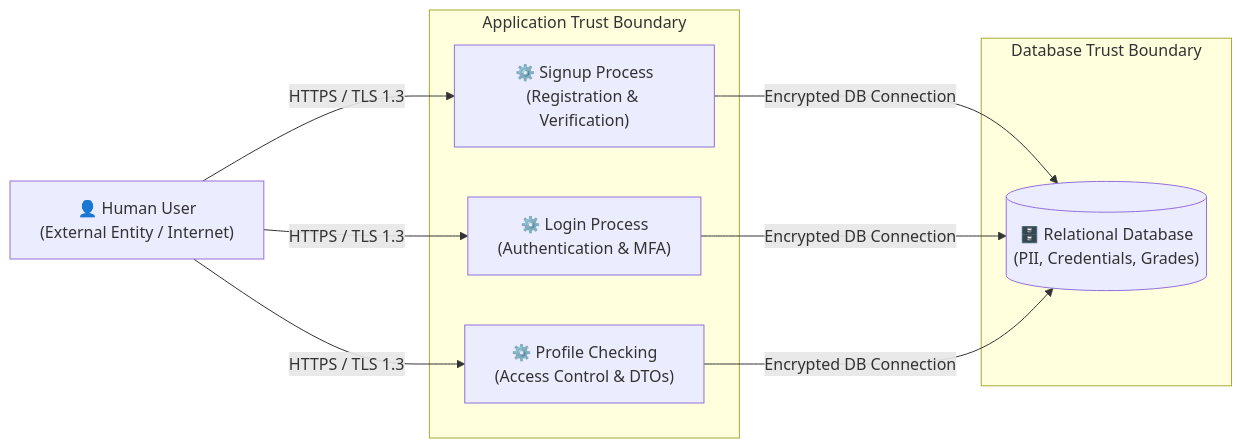
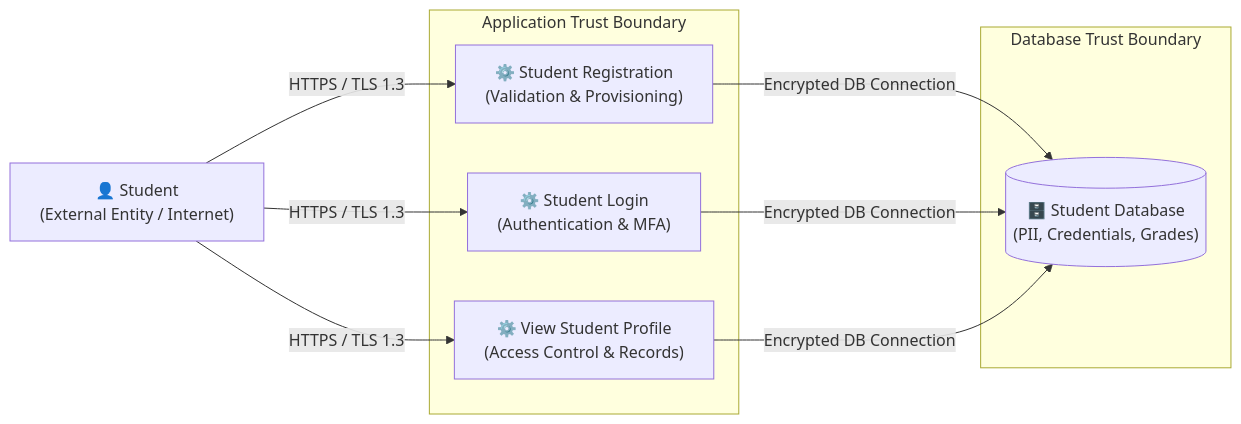
Before and after one commit to Adekunle-sec/cybersecurity-portfolio: the diagram in SOC/threat-modeling-risk-assessment-saas/README.md, drawn with Mermaid. The commit also changed other lines of this file, not shown here.

Commit message:
docs: incorporate Student Login Portal audit scope, objectives, and developer verification points

````diff
--- a/SOC/threat-modeling-risk-assessment-saas/README.md
+++ b/SOC/threat-modeling-risk-assessment-saas/README.md
@@ -39,21 +71,21 @@
 ```mermaid
 flowchart LR
-    User["👤 Human User\n(External Entity / Internet)"]
+    Student["👤 Student\n(External Entity / Internet)"]
     
     subgraph AppBoundary ["Application Trust Boundary"]
-        Signup["⚙️ Signup Process\n(Registration & Verification)"]
-        Login["⚙️ Login Process\n(Authentication & MFA)"]
-        Profile["⚙️ Profile Checking\n(Access Control & DTOs)"]
+        Reg["⚙️ Student Registration\n(Validation & Provisioning)"]
+        Login["⚙️ Student Login\n(Authentication & MFA)"]
+        Profile["⚙️ View Student Profile\n(Access Control & Records)"]
     end
 
     subgraph DBBoundary ["Database Trust Boundary"]
-        DB[("🗄️ Relational Database\n(PII, Credentials, Grades)")]
+        DB[("🗄️ Student Database\n(PII, Credentials, Grades)")]
     end
 
-    User -- "HTTPS / TLS 1.3" --> Signup
-    User -- "HTTPS / TLS 1.3" --> Login
-    User -- "HTTPS / TLS 1.3" --> Profile
-    Signup -- "Encrypted DB Connection" --> DB
+    Student -- "HTTPS / TLS 1.3" --> Reg
+    Student -- "HTTPS / TLS 1.3" --> Login
+    Student -- "HTTPS / TLS 1.3" --> Profile
+    Reg -- "Encrypted DB Connection" --> DB
     Login -- "Encrypted DB Connection" --> DB
     Profile -- "Encrypted DB Connection" --> DB
 ```
````
